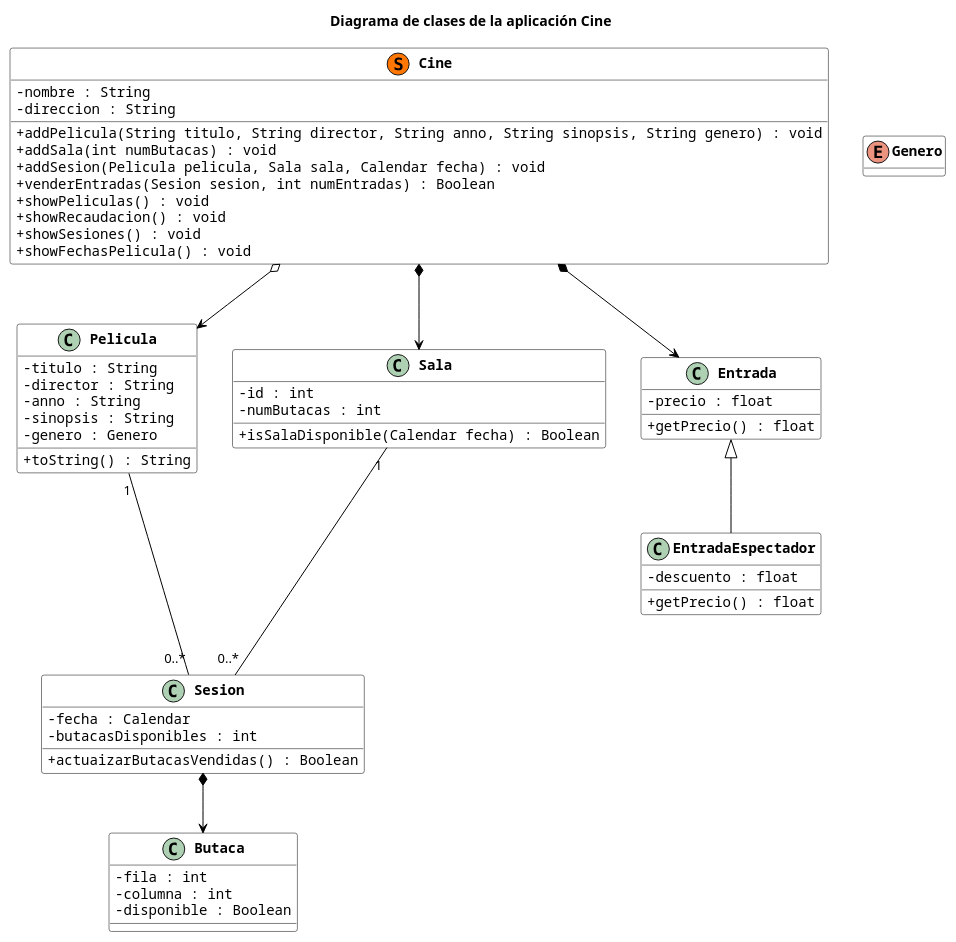
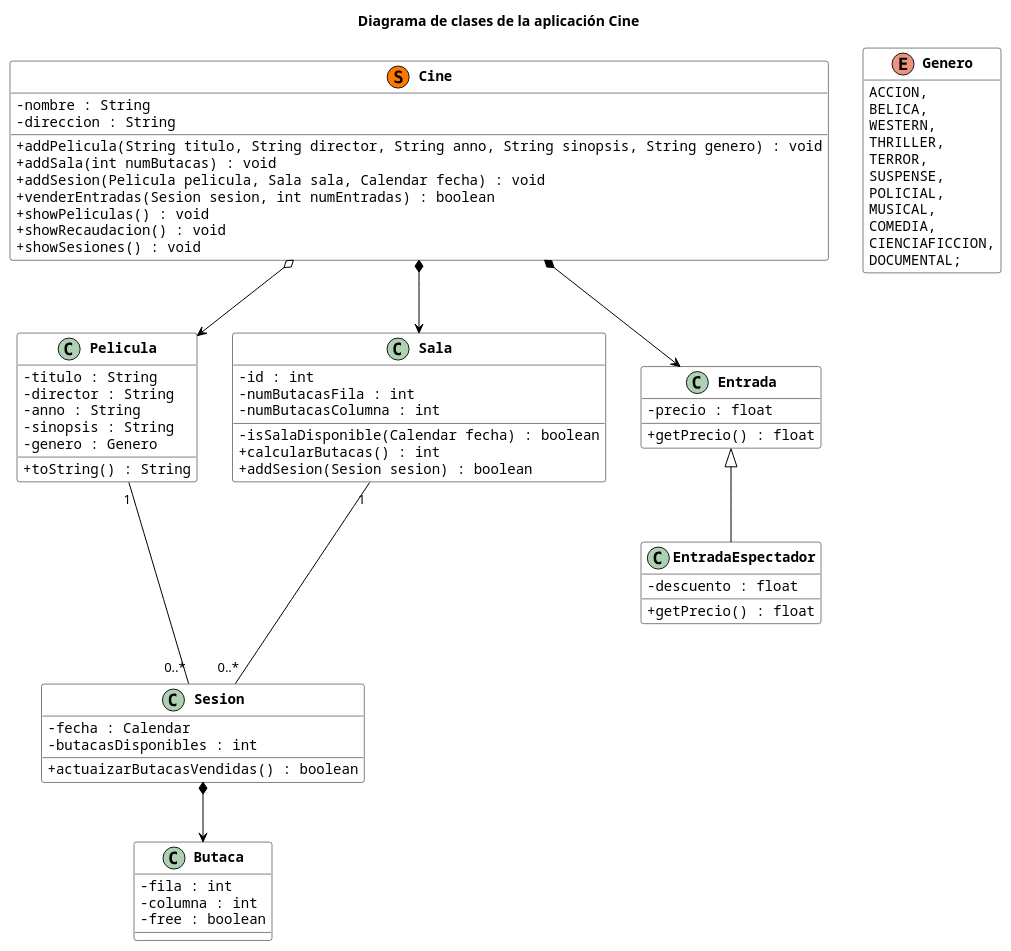
Before and after one commit to Lletfrix/Analisis_y_Dise-o_de_Software_2017_2018: the diagram in 3P/UML_1.puml, drawn with PlantUML. The commit also changed 7 other files, not shown here.

```diff
--- a/3P/UML_1.puml
+++ b/3P/UML_1.puml
@@ -1,85 +1,97 @@
 @startuml
 skinparam {
   classAttributeIconSize 0
   ClassBorderColor Black
   ClassBackgroundColor White
   ClassFontStyle bold
   ClassFontName Courier
   ClassAttributeFontName Courier
   ArrowColor Black
   Shadowing false
 }
 
 title Diagrama de clases de la aplicación Cine
 
 hide enum methods
 
 class Cine << (S,#FF7700) >> {
     - nombre : String
     - direccion : String
 
     + addPelicula(String titulo, String director, String anno, String sinopsis, String genero) : void
     + addSala(int numButacas) : void
     + addSesion(Pelicula pelicula, Sala sala, Calendar fecha) : void
-    + venderEntradas(Sesion sesion, int numEntradas) : Boolean
+    + venderEntradas(Sesion sesion, int numEntradas) : boolean
     + showPeliculas() : void
     + showRecaudacion() : void
     + showSesiones() : void
-    + showFechasPelicula() : void
 }
 
 class Sesion {
     - fecha : Calendar
     - butacasDisponibles : int
 
-    + actuaizarButacasVendidas() : Boolean
+    + actuaizarButacasVendidas() : boolean
 }
 
 class Butaca{
     - fila : int
     - columna : int
-    - disponible : Boolean
+    - free : boolean
 }
 
 class Pelicula{
     - titulo : String
     - director : String
     - anno : String
     - sinopsis : String
     - genero : Genero
 
     + toString() : String
 }
 
 class Sala{
     - id : int
-    - numButacas : int
+    - numButacasFila : int
+    - numButacasColumna : int
 
-    + isSalaDisponible(Calendar fecha) : Boolean
+    - isSalaDisponible(Calendar fecha) : boolean
+    + calcularButacas() : int
+    + addSesion(Sesion sesion) : boolean
 }
 
 class Entrada{
     - precio : float
 
     + getPrecio() : float
 }
 
 class EntradaEspectador extends Entrada{
     - descuento : float
 
     + getPrecio() : float
 }
 
 enum Genero {
-
+    ACCION,
+    BELICA,
+    WESTERN,
+    THRILLER,
+    TERROR,
+    SUSPENSE,
+    POLICIAL,
+    MUSICAL,
+    COMEDIA,
+    CIENCIAFICCION,
+    DOCUMENTAL;
 }
 
 Cine *--> Sala
 Cine *--> Entrada
 Cine o--> Pelicula
 
 Pelicula "1" --- "0..*" Sesion
 Sala "1" --- "0..*" Sesion
 Sesion *--> Butaca
 
 @enduml
```
